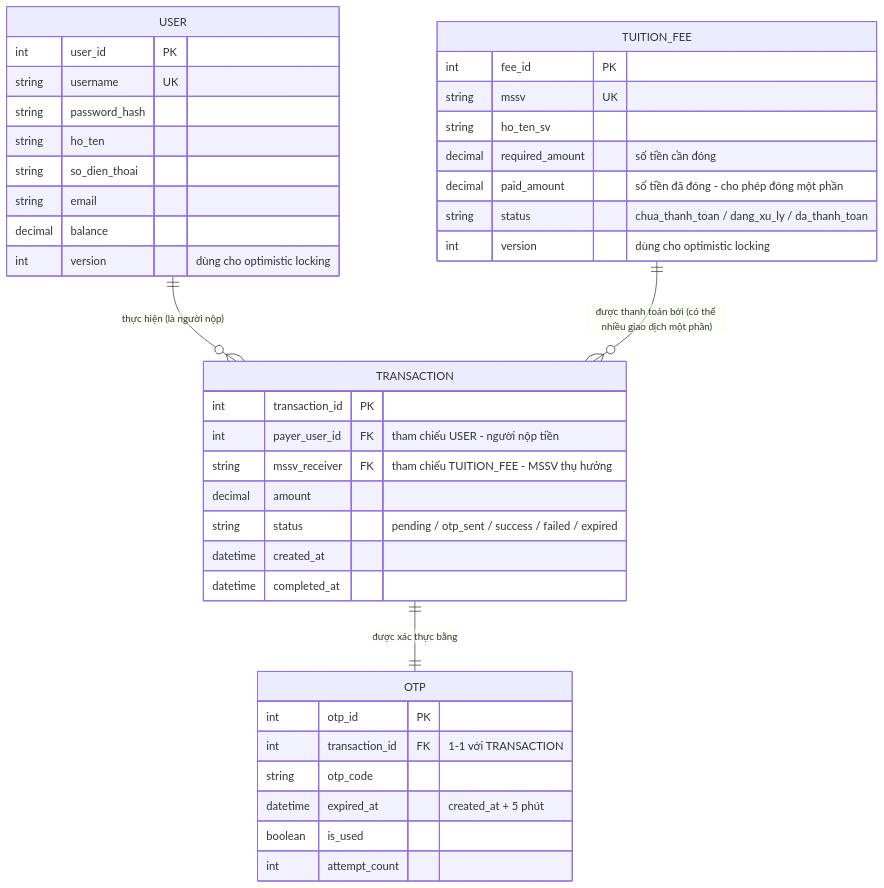
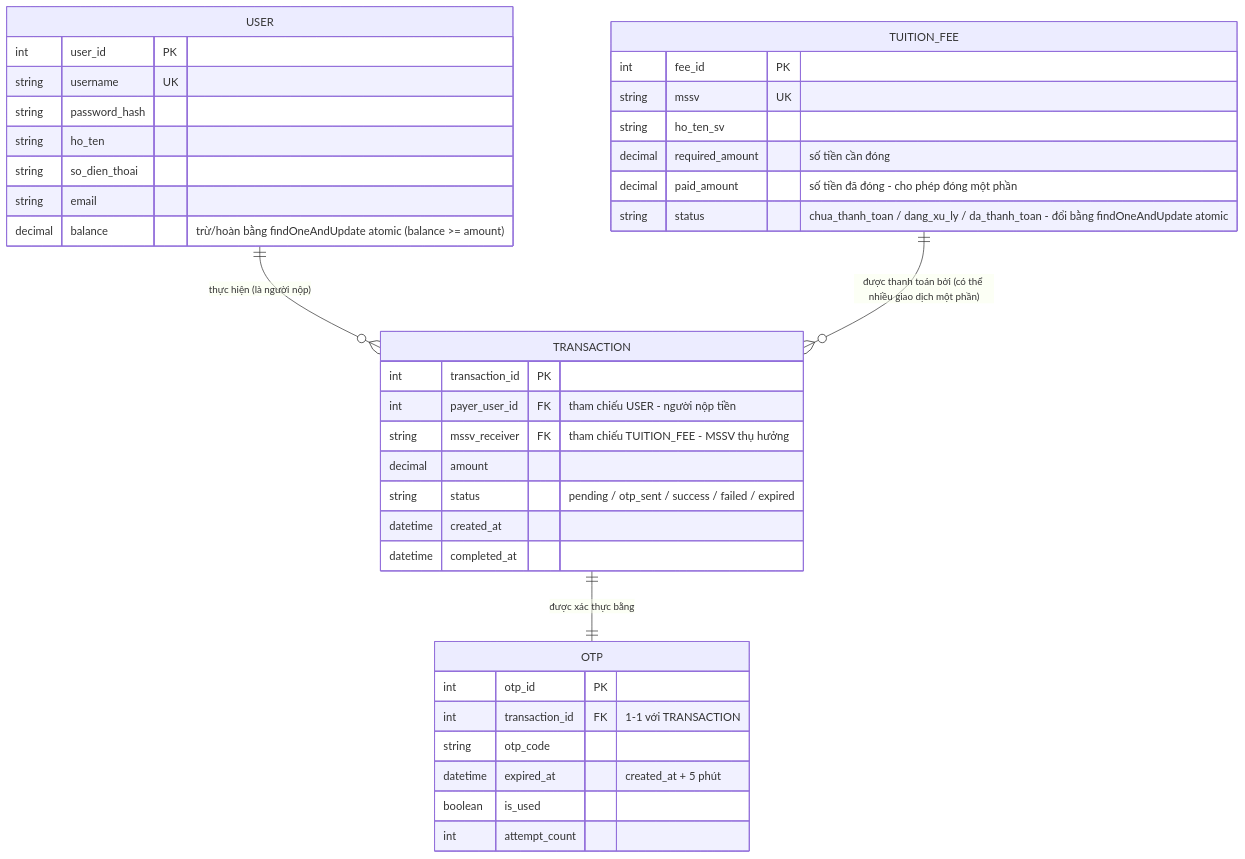
One commit to anle2072006/iBanking changed the diagram in docs/diagrams/erd.mermaid. Above: the diagram before and after it, drawn with Mermaid. The commit also changed 6 other files, not shown here.

```diff
--- a/docs/diagrams/erd.mermaid
+++ b/docs/diagrams/erd.mermaid
@@ -1,44 +1,42 @@
 erDiagram
     USER {
         int user_id PK
         string username UK
         string password_hash
         string ho_ten
         string so_dien_thoai
         string email
-        decimal balance
-        int version "dùng cho optimistic locking"
+        decimal balance "trừ/hoàn bằng findOneAndUpdate atomic (balance >= amount)"
     }
 
     TUITION_FEE {
         int fee_id PK
         string mssv UK
         string ho_ten_sv
         decimal required_amount "số tiền cần đóng"
         decimal paid_amount "số tiền đã đóng - cho phép đóng một phần"
-        string status "chua_thanh_toan / dang_xu_ly / da_thanh_toan"
-        int version "dùng cho optimistic locking"
+        string status "chua_thanh_toan / dang_xu_ly / da_thanh_toan - đổi bằng findOneAndUpdate atomic"
     }
 
     TRANSACTION {
         int transaction_id PK
         int payer_user_id FK "tham chiếu USER - người nộp tiền"
         string mssv_receiver FK "tham chiếu TUITION_FEE - MSSV thụ hưởng"
         decimal amount
         string status "pending / otp_sent / success / failed / expired"
         datetime created_at
         datetime completed_at
     }
 
     OTP {
         int otp_id PK
         int transaction_id FK "1-1 với TRANSACTION"
         string otp_code
         datetime expired_at "created_at + 5 phút"
         boolean is_used
         int attempt_count
     }
 
     USER ||--o{ TRANSACTION : "thực hiện (là người nộp)"
     TUITION_FEE ||--o{ TRANSACTION : "được thanh toán bởi (có thể nhiều giao dịch một phần)"
     TRANSACTION ||--|| OTP : "được xác thực bằng"
```
